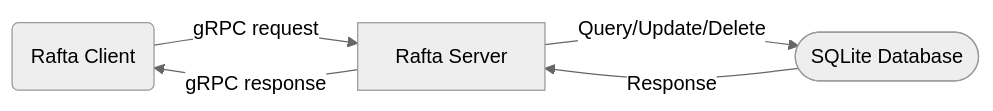
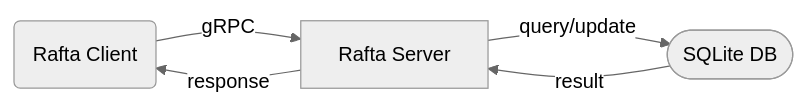
Before and after one commit to ChausseBenjamin/rafta: the diagram in README.md, drawn with Mermaid (neutral theme). The commit also changed other lines of this file, not shown here.

````diff
--- a/README.md
+++ b/README.md
@@ -49,12 +40,11 @@
 ```mermaid
 flowchart LR
     client(Rafta Client)
     srv[Rafta Server]
-    db([SQLite Database])
+    db([SQLite DB])
 
-    client-- gRPC request -->srv
-    srv-- Query/Update/Delete -->db
-
-    db-- Response -->srv
-    srv-- gRPC response -->client
+    client--gRPC-->srv
+    srv--query/update-->db
+    db--result-->srv
+    srv--response-->client
 ```
````
